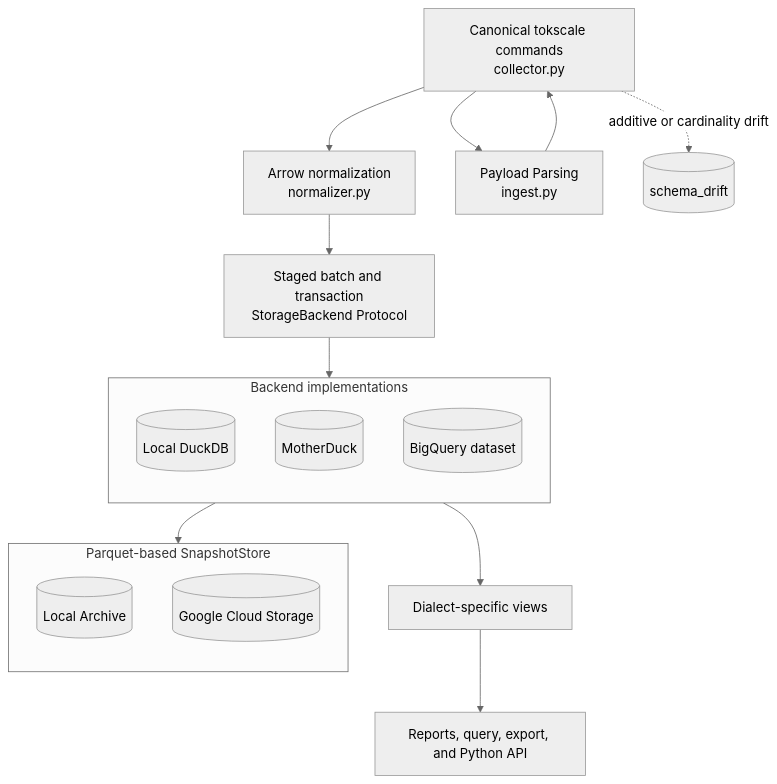
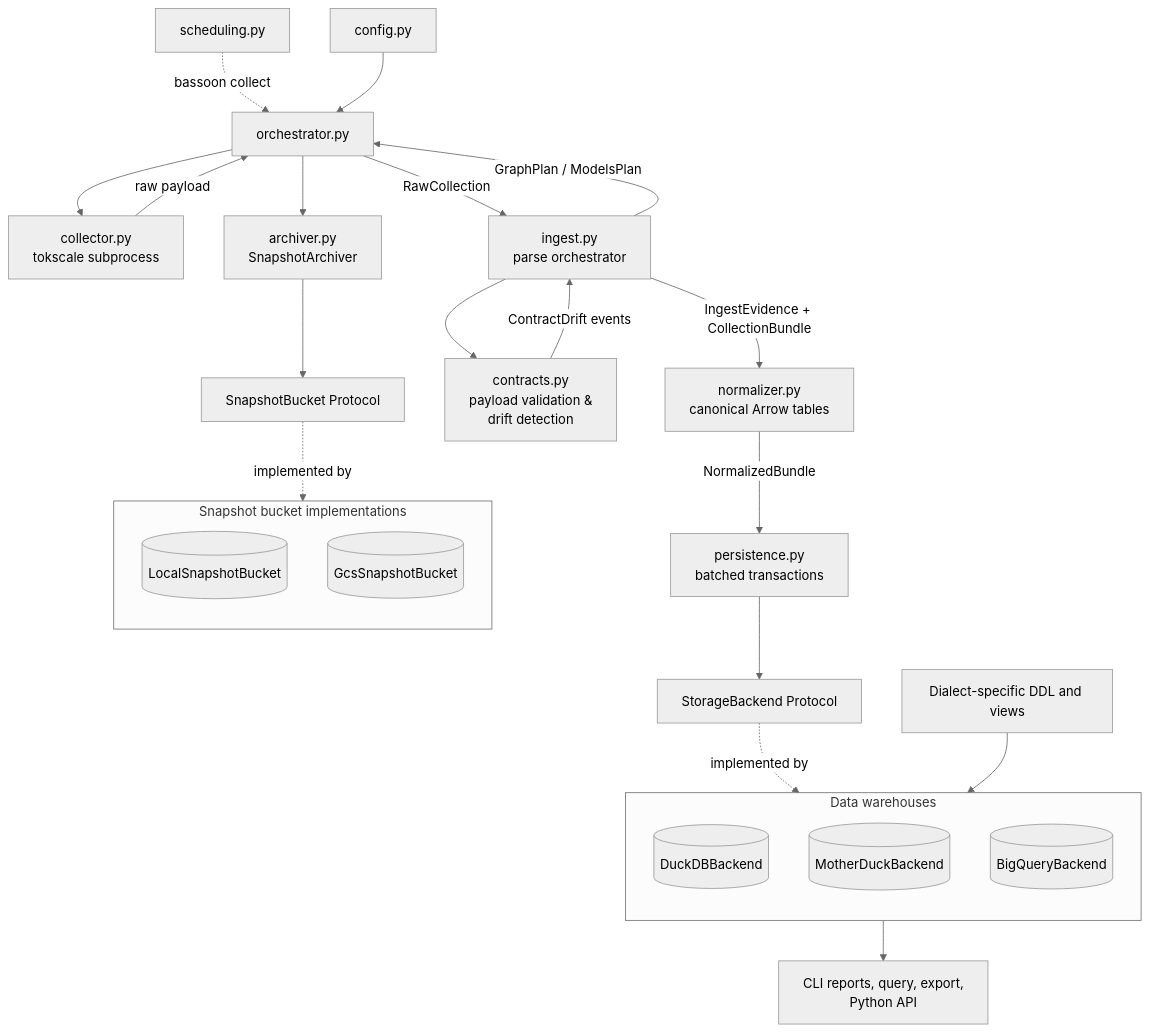
One commit to israelflores8789/usagebassoon changed the diagram in CONTRIBUTING.md. Above: the diagram before and after it, drawn with Mermaid (neutral theme). The commit also changed other lines of this file, not shown here.

````diff
--- a/CONTRIBUTING.md
+++ b/CONTRIBUTING.md
@@ -102,23 +125,39 @@
 ```mermaid
 flowchart TD
-    T[Canonical tokscale commands\ncollector.py] --> N[Arrow normalization\nnormalizer.py]
-    I[Payload Parsing\ningest.py] --> T
-    T --> I
-    T -. additive or cardinality drift .-> D[(schema_drift)]
-    N --> S[Staged batch and transaction\nStorageBackend Protocol]
-    S --> IMPLS
-    subgraph IMPLS[Backend implementations]
-        direction TD
-        LCK[(Local DuckDB)]
-        MDK[(MotherDuck)]
-        BQ[(BigQuery dataset)]
-    end
-    IMPLS --> W[Dialect-specific views]
-    W --> O[Reports, query, export, and Python API]
-    IMPLS --> SNP
-    subgraph SNP[Parquet-based SnapshotStore]
-      direction TD
-      LCL[(Local Archive)]
-      GCS[(Google Cloud Storage)]
-    end
+      SCH[scheduling.py] -. bassoon collect .-> ORCH[orchestrator.py]
+      CFG[config.py] --> ORCH
+
+      ORCH --> COL[collector.py<br/>tokscale subprocess]
+      COL -->|raw payload| ORCH
+      ORCH -->|RawCollection| ING[ingest.py<br/>parse orchestrator]
+
+      ING -->|GraphPlan / ModelsPlan| ORCH
+      ING -->|IngestEvidence + CollectionBundle| NORM[normalizer.py<br/>canonical Arrow tables]
+
+      ING --> CON[contracts.py<br/>payload validation &<br/>drift detection]
+      CON -->|ContractDrift events| ING
+
+      NORM -->|NormalizedBundle| PERSIST[persistence.py<br/>batched transactions]
+      PERSIST --> BACKEND[StorageBackend Protocol]
+
+      subgraph WAREHOUSE[Data warehouses]
+          direction TD
+          DUCK[(DuckDBBackend)]
+          MD[(MotherDuckBackend)]
+          BQ[(BigQueryBackend)]
+      end
+      BACKEND -. implemented by .-> WAREHOUSE
+      SQL[Dialect-specific DDL and views] --> WAREHOUSE
+
+      ORCH --> ARCH[archiver.py<br/>SnapshotArchiver]
+      ARCH --> BUCKET[SnapshotBucket Protocol]
+
+      subgraph BUCKETS[Snapshot bucket implementations]
+          direction TD
+          LOCAL[(LocalSnapshotBucket)]
+          GCS[(GcsSnapshotBucket)]
+      end
+      BUCKET -. implemented by .-> BUCKETS
+
+      WAREHOUSE --> OUT[CLI reports, query, export,<br/>Python API]
 ```
````
